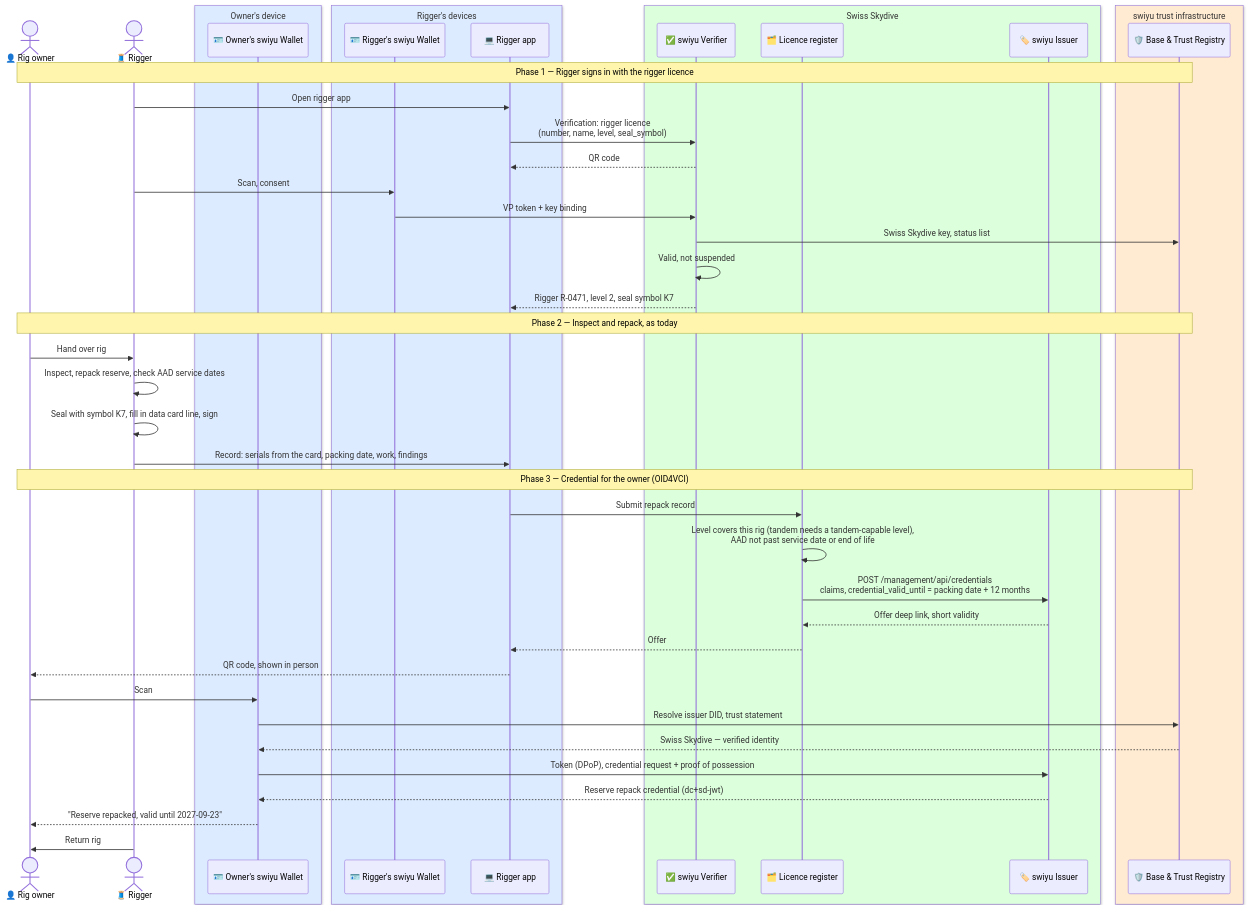
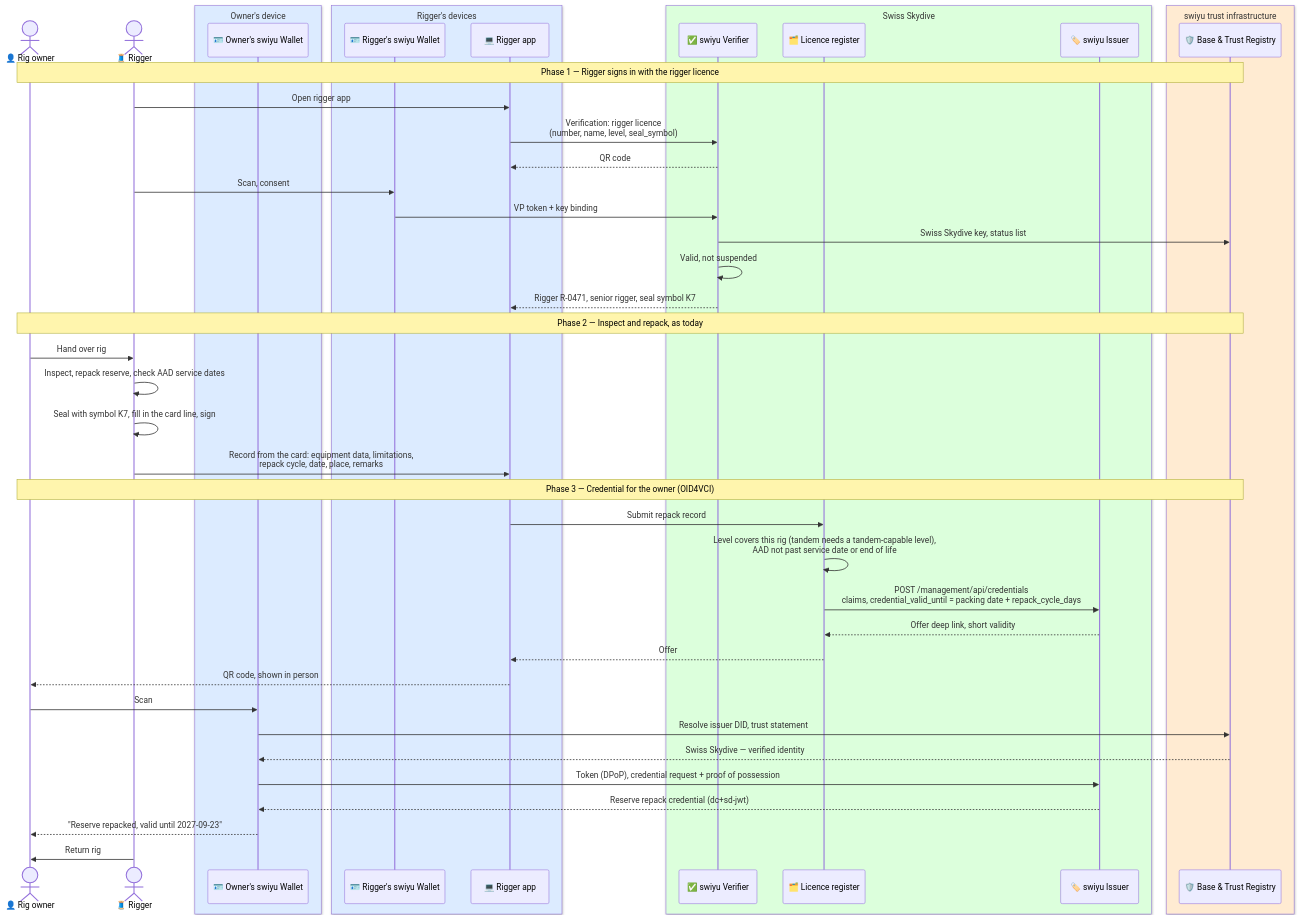
One commit to DIDAS-swiss/Trust-Flow-Diagram-Repository changed the diagram in sport/reserve-repack.md. Above: the diagram before and after it, drawn with Mermaid. The commit also changed other lines of this file and 8 other files, not shown here.

First line of the commit message:
Align skydiving credentials with Swiss Skydive's lookup and the data card

````diff
--- a/sport/reserve-repack.md
+++ b/sport/reserve-repack.md
@@ -64,56 +77,56 @@
 ```mermaid
 %%{init: {"theme": "default", "themeVariables": {"fontFamily": "Inter, Arial"}}}%%
 sequenceDiagram
     actor Owner as 👤 Rig owner
     actor Rigger as 🧵 Rigger
 
     box rgb(220,235,255) Owner's device
         participant OWallet as 🪪 Owner's swiyu Wallet
     end
 
     box rgb(220,235,255) Rigger's devices
         participant RWallet as 🪪 Rigger's swiyu Wallet
         participant App as 💻 Rigger app
     end
 
     box rgb(220,255,220) Swiss Skydive
         participant Verifier as ✅ swiyu Verifier
         participant Register as 🗂️ Licence register
         participant Issuer as 🏷️ swiyu Issuer
     end
 
     box rgb(255,235,210) swiyu trust infrastructure
         participant Trust as 🛡️ Base & Trust Registry
     end
 
     Note over Owner,Trust: Phase 1 — Rigger signs in with the rigger licence
     Rigger->>App: Open rigger app
     App->>Verifier: Verification: rigger licence<br/>(number, name, level, seal_symbol)
     Verifier-->>App: QR code
     Rigger->>RWallet: Scan, consent
     RWallet->>Verifier: VP token + key binding
     Verifier->>Trust: Swiss Skydive key, status list
     Verifier->>Verifier: Valid, not suspended
-    Verifier-->>App: Rigger R-0471, level 2, seal symbol K7
+    Verifier-->>App: Rigger R-0471, senior rigger, seal symbol K7
 
     Note over Owner,Trust: Phase 2 — Inspect and repack, as today
     Owner->>Rigger: Hand over rig
     Rigger->>Rigger: Inspect, repack reserve, check AAD service dates
-    Rigger->>Rigger: Seal with symbol K7, fill in data card line, sign
-    Rigger->>App: Record: serials from the card, packing date, work, findings
+    Rigger->>Rigger: Seal with symbol K7, fill in the card line, sign
+    Rigger->>App: Record from the card: equipment data, limitations,<br/>repack cycle, date, place, remarks
 
     Note over Owner,Trust: Phase 3 — Credential for the owner (OID4VCI)
     App->>Register: Submit repack record
     Register->>Register: Level covers this rig (tandem needs a tandem-capable level),<br/>AAD not past service date or end of life
-    Register->>Issuer: POST /management/api/credentials<br/>claims, credential_valid_until = packing date + 12 months
+    Register->>Issuer: POST /management/api/credentials<br/>claims, credential_valid_until = packing date + repack_cycle_days
     Issuer-->>Register: Offer deep link, short validity
     Register-->>App: Offer
     App-->>Owner: QR code, shown in person
     Owner->>OWallet: Scan
     OWallet->>Trust: Resolve issuer DID, trust statement
     Trust-->>OWallet: Swiss Skydive — verified identity
     OWallet->>Issuer: Token (DPoP), credential request + proof of possession
     Issuer-->>OWallet: Reserve repack credential (dc+sd-jwt)
     OWallet-->>Owner: "Reserve repacked, valid until 2027-09-23"
     Rigger->>Owner: Return rig
 ```
````
